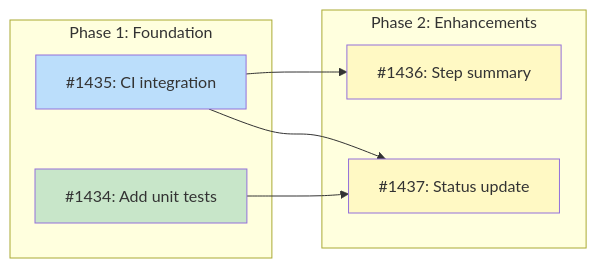
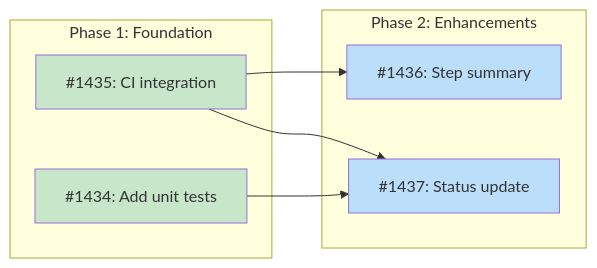
The diagram in docs/designs/DESIGN-pipeline-dashboard.md (tsukumogami/tsuku), drawn with Mermaid before and after one commit. The commit also changed other lines of this file and 1 other file, not shown here.

Commit message:
ci(pipeline): integrate dashboard generation into batch-generate workflow
Add "Generate dashboard" step to the merge job that:
- Builds the queue-analytics binary
- Runs it to generate website/pipeline/dashboard.json
- Includes the dashboard file in git add for both PR and state commits

The step runs before "Check for recipes to merge" to ensure dashboard data
reflects the current batch state. Dashboard updates on every batch run
regardless of whether recipes are merged.

Also adds Go setup to merge job (required for building queue-analytics).

Fixes #1435

````diff
--- a/docs/designs/DESIGN-pipeline-dashboard.md
+++ b/docs/designs/DESIGN-pipeline-dashboard.md
@@ -65,25 +65,24 @@
 ```mermaid
 graph LR
     subgraph Phase1["Phase 1: Foundation"]
         I1434["#1434: Add unit tests"]
         I1435["#1435: CI integration"]
     end
 
     subgraph Phase2["Phase 2: Enhancements"]
         I1436["#1436: Step summary"]
         I1437["#1437: Status update"]
     end
 
     I1435 --> I1436
     I1434 --> I1437
     I1435 --> I1437
 
     classDef done fill:#c8e6c9
     classDef ready fill:#bbdefb
     classDef blocked fill:#fff9c4
     classDef needsDesign fill:#e1bee7
 
-    class I1434 done
-    class I1435 ready
-    class I1436,I1437 blocked
+    class I1434,I1435 done
+    class I1436,I1437 ready
 ```
````
